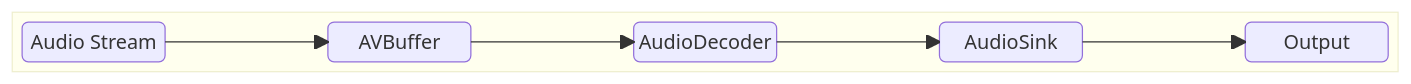
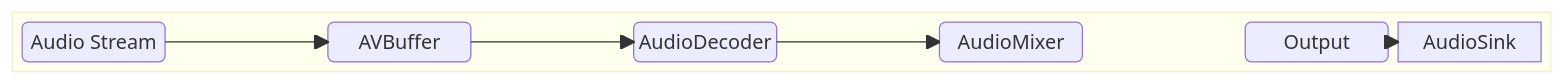
The third of 4 diagrams in docs/pages/audioSink_High-Level_TestSpecification.md (davidkoo-brcm/rdk-halif-aidl-test-audiosink), drawn with Mermaid before and after one commit. The commit also changed other lines of this file, not shown here.

````diff
--- a/docs/pages/audioSink_High-Level_TestSpecification.md
+++ b/docs/pages/audioSink_High-Level_TestSpecification.md
@@ -86,10 +133,10 @@
 ```mermaid
 block-beta
     block:1
-        AudioStream("Audio Stream") space AVBuffer("AVBuffer") space AudioDecoder("AudioDecoder") space AudioSink("AudioSink") space Output("Output")
+        AudioStream("Audio Stream") space AVBuffer("AVBuffer") space AudioDecoder("AudioDecoder") space AudioMixer("AudioMixer") space Output("Output")
         AudioStream --> AVBuffer
         AVBuffer --> AudioDecoder
-        AudioDecoder --> AudioSink
+        AudioDecoder --> AudioMixer
         AudioSink-->Output
     end
 ```
````
